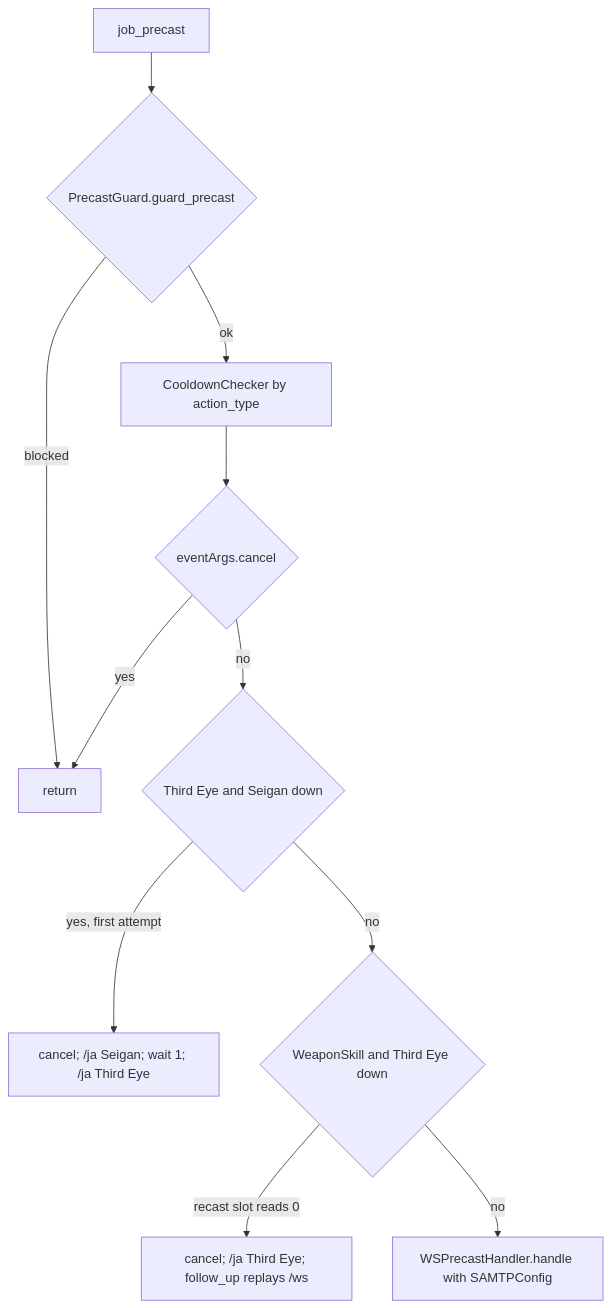
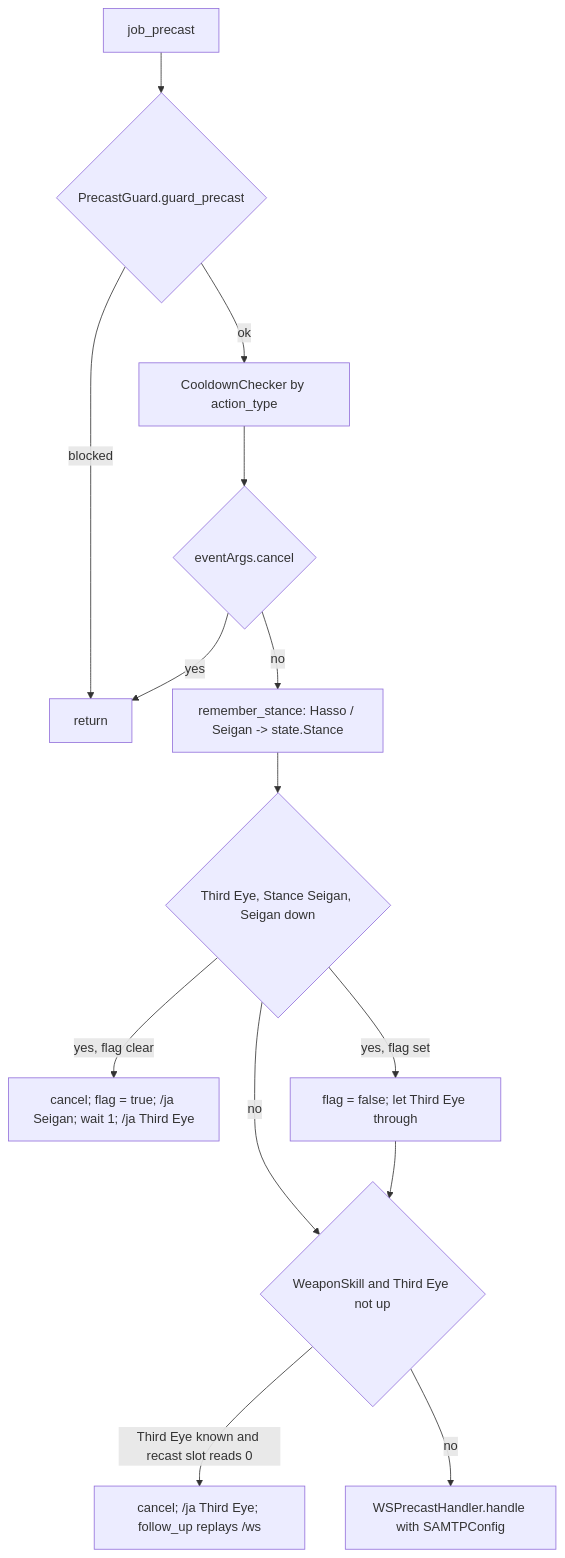
Before and after one commit to ejouanchicot/Gearswap: the second of 2 diagrams in docs/dev/jobs/sam.md, drawn with Mermaid. The commit also changed other lines of this file and 9 other files, not shown here.

````diff
--- a/docs/dev/jobs/sam.md
+++ b/docs/dev/jobs/sam.md
@@ -122,13 +114,16 @@
 ```mermaid
 flowchart TD
     A[job_precast] --> B{PrecastGuard.guard_precast}
     B -- blocked --> Z[return]
     B -- ok --> C[CooldownChecker by action_type]
     C --> D{eventArgs.cancel}
     D -- yes --> Z
-    D -- no --> E{Third Eye and Seigan down}
-    E -- "yes, first attempt" --> S[cancel; /ja Seigan; wait 1; /ja Third Eye]
-    E -- no --> F{WeaponSkill and Third Eye down}
-    F -- "recast slot reads 0" --> T[cancel; /ja Third Eye; follow_up replays /ws]
+    D -- no --> R[remember_stance: Hasso / Seigan -> state.Stance]
+    R --> E{Third Eye, Stance Seigan, Seigan down}
+    E -- "yes, flag clear" --> S[cancel; flag = true; /ja Seigan; wait 1; /ja Third Eye]
+    E -- "yes, flag set" --> E2[flag = false; let Third Eye through]
+    E -- no --> F{WeaponSkill and Third Eye not up}
+    E2 --> F
+    F -- "Third Eye known and recast slot reads 0" --> T[cancel; /ja Third Eye; follow_up replays /ws]
     F -- no --> W[WSPrecastHandler.handle with SAMTPConfig]
 ```
````
